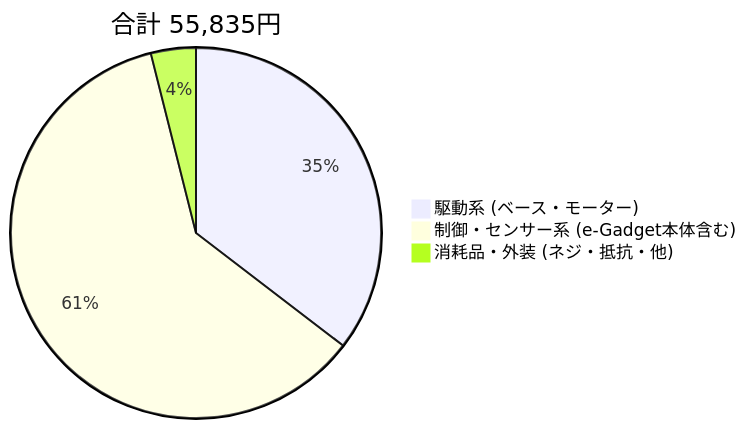
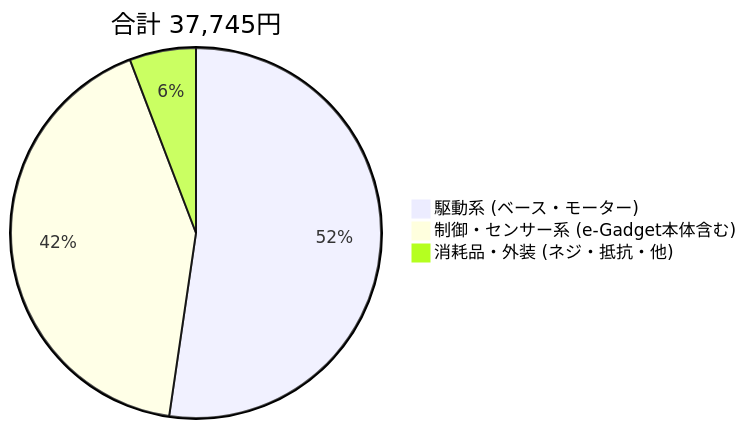
Before and after one commit to paruru-05/SC-26: the diagram in README.md, drawn with Mermaid. The commit also changed other lines of this file, not shown here.

````diff
--- a/README.md
+++ b/README.md
@@ -218,6 +211,6 @@
 ```mermaid
-pie title 合計 55,835円
+pie title 合計 37,745円
     "駆動系 (ベース・モーター)" : 19800
-    "制御・センサー系 (e-Gadget本体含む)" : 33940
+    "制御・センサー系 (e-Gadget本体含む)" : 15850
     "消耗品・外装 (ネジ・抵抗・他)" : 2195
 ```
````
